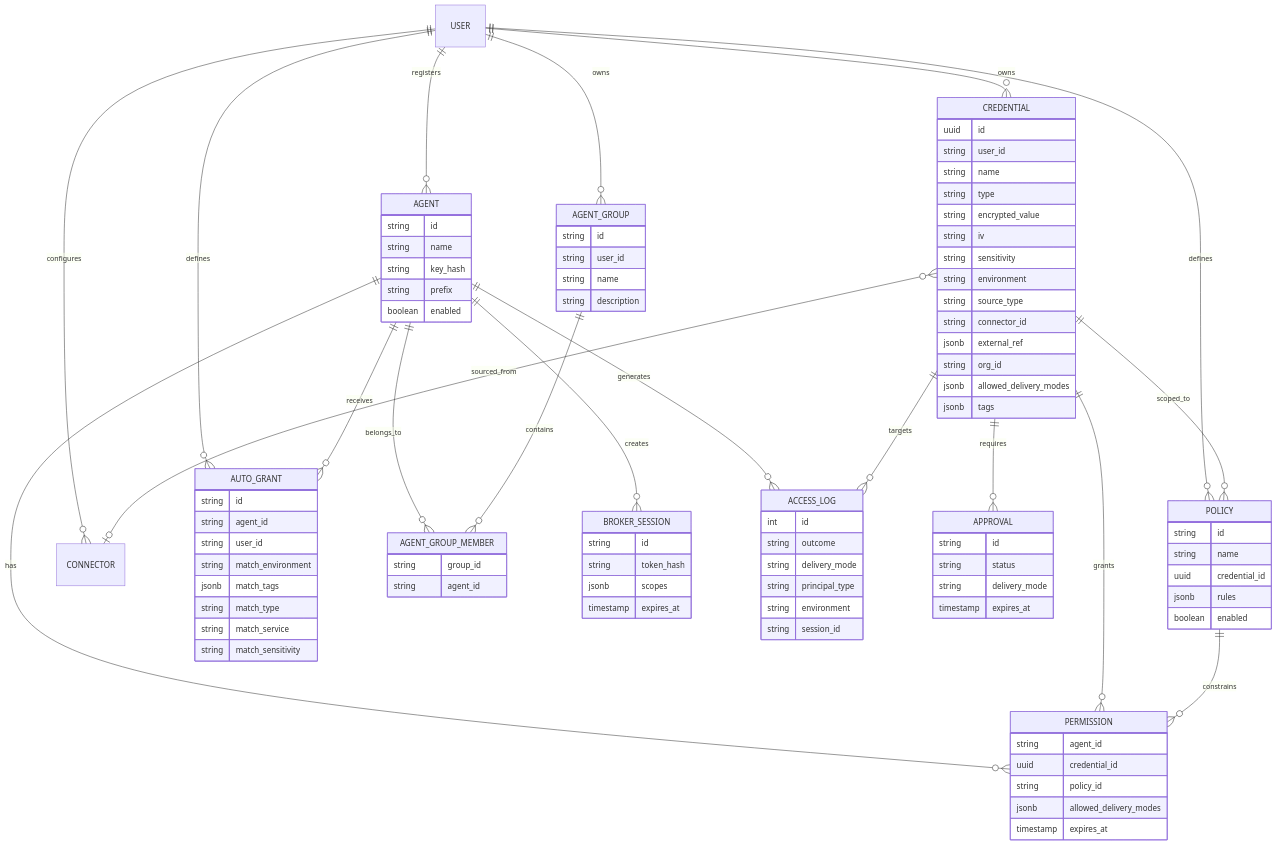
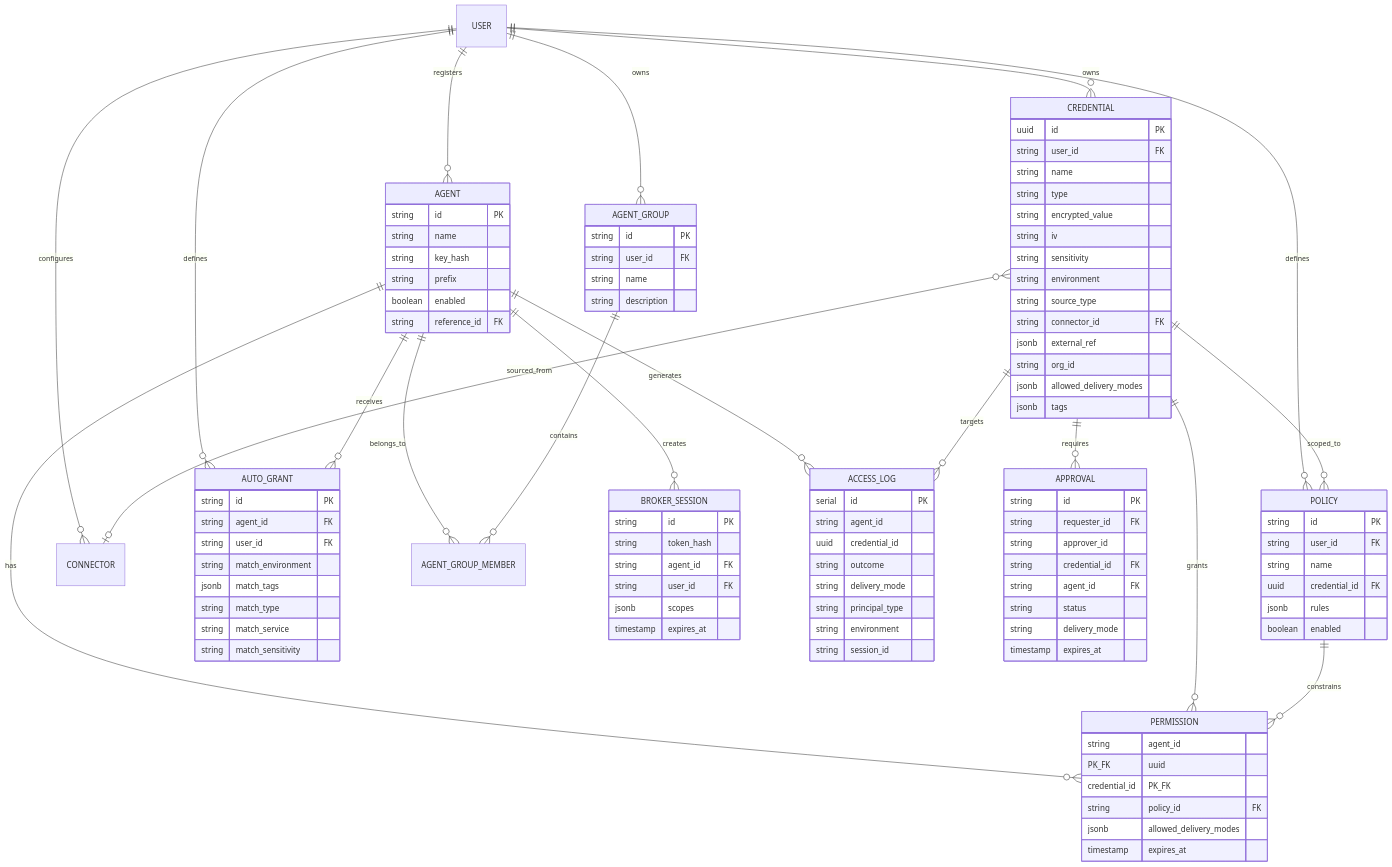
The second of 5 diagrams in docs/ARCHITECTURE.md (punitarani/abadge), drawn with Mermaid before and after one commit. The commit also changed other lines of this file and 6 other files, not shown here.

```diff
--- a/docs/ARCHITECTURE.md
+++ b/docs/ARCHITECTURE.md
@@ -164,8 +158,8 @@
   CREDENTIAL ||--o{ APPROVAL : requires
 
   CREDENTIAL {
-    uuid id
-    string user_id
+    uuid id PK
+    string user_id FK
     string name
     string type
     string encrypted_value
@@ -173,7 +167,7 @@
     string sensitivity
     string environment
     string source_type
-    string connector_id
+    string connector_id FK
     jsonb external_ref
     string org_id
     jsonb allowed_delivery_modes
@@ -181,33 +175,35 @@
   }
 
   AGENT {
-    string id
+    string id PK
     string name
     string key_hash
     string prefix
     boolean enabled
+    string reference_id FK
   }
 
   PERMISSION {
-    string agent_id
-    uuid credential_id
-    string policy_id
+    string agent_id PK_FK
+    uuid credential_id PK_FK
+    string policy_id FK
     jsonb allowed_delivery_modes
     timestamp expires_at
   }
 
   POLICY {
-    string id
+    string id PK
+    string user_id FK
     string name
-    uuid credential_id
+    uuid credential_id FK
     jsonb rules
     boolean enabled
   }
 
   AUTO_GRANT {
-    string id
-    string agent_id
-    string user_id
+    string id PK
+    string agent_id FK
+    string user_id FK
     string match_environment
     jsonb match_tags
     string match_type
@@ -216,33 +212,36 @@
   }
 
   AGENT_GROUP {
-    string id
-    string user_id
+    string id PK
+    string user_id FK
     string name
     string description
   }
 
-  AGENT_GROUP_MEMBER {
-    string group_id
-    string agent_id
-  }
-
   APPROVAL {
-    string id
+    string id PK
+    string requester_id FK
+    string approver_id
+    string credential_id FK
+    string agent_id FK
     string status
     string delivery_mode
     timestamp expires_at
   }
 
   BROKER_SESSION {
-    string id
+    string id PK
     string token_hash
+    string agent_id FK
+    string user_id FK
     jsonb scopes
     timestamp expires_at
   }
 
   ACCESS_LOG {
-    int id
+    serial id PK
+    string agent_id
+    uuid credential_id
     string outcome
     string delivery_mode
     string principal_type
```
